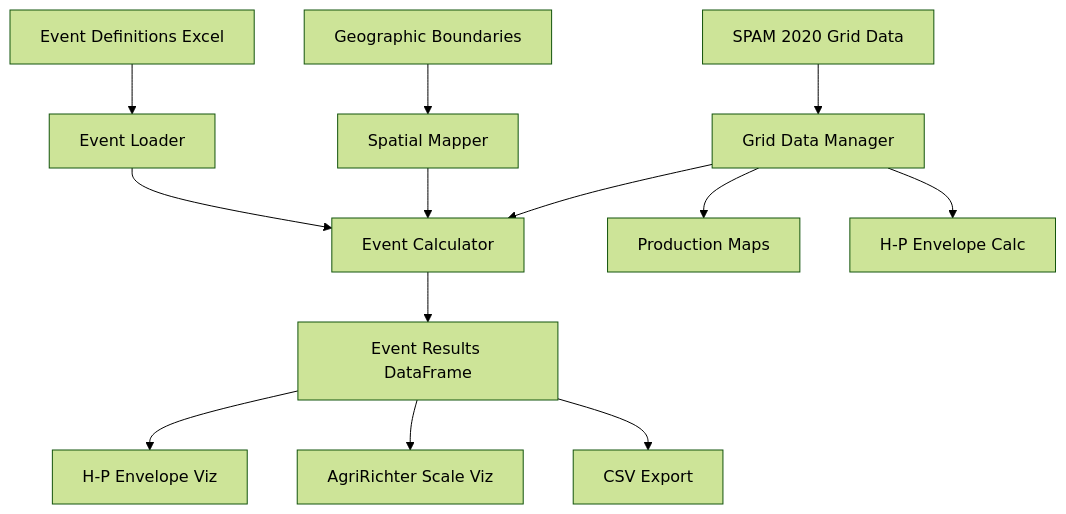
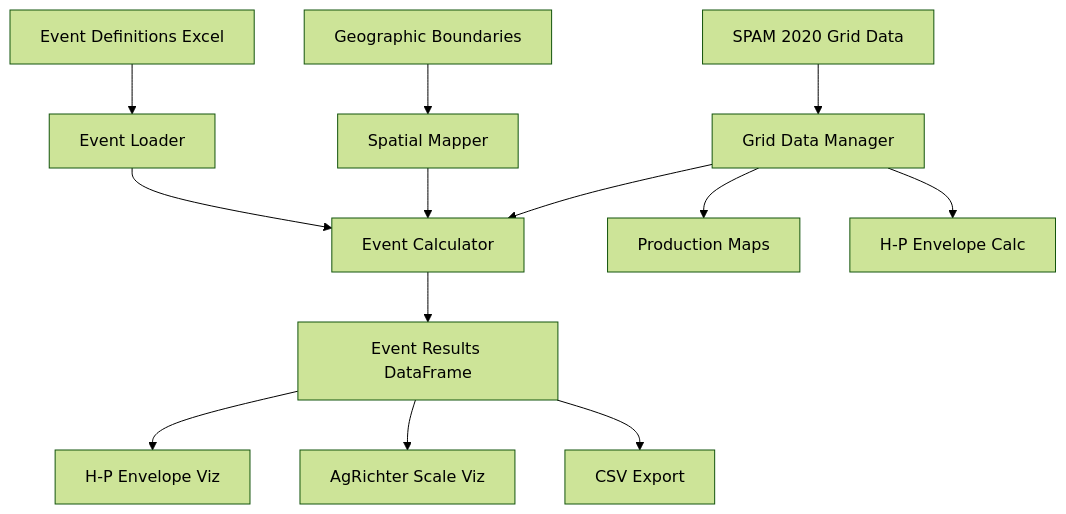
The diagram in .kiro/specs/agririchter-events-integration/design.md (mjpuma/AgRichterScale), drawn with Mermaid (forest theme) before and after one commit. The commit also changed other lines of this file and 111 other files, not shown here.

````diff
--- a/.kiro/specs/agririchter-events-integration/design.md
+++ b/.kiro/specs/agririchter-events-integration/design.md
@@ -13,18 +13,18 @@
 ```mermaid
 graph TD
     A[Event Definitions Excel] --> B[Event Loader]
     C[SPAM 2020 Grid Data] --> D[Grid Data Manager]
     E[Geographic Boundaries] --> F[Spatial Mapper]
     
     B --> G[Event Calculator]
     D --> G
     F --> G
     
     G --> H[Event Results DataFrame]
     H --> I[H-P Envelope Viz]
-    H --> J[AgriRichter Scale Viz]
+    H --> J[AgRichter Scale Viz]
     H --> K[CSV Export]
     
     D --> L[Production Maps]
     D --> M[H-P Envelope Calc]
 ```
````
